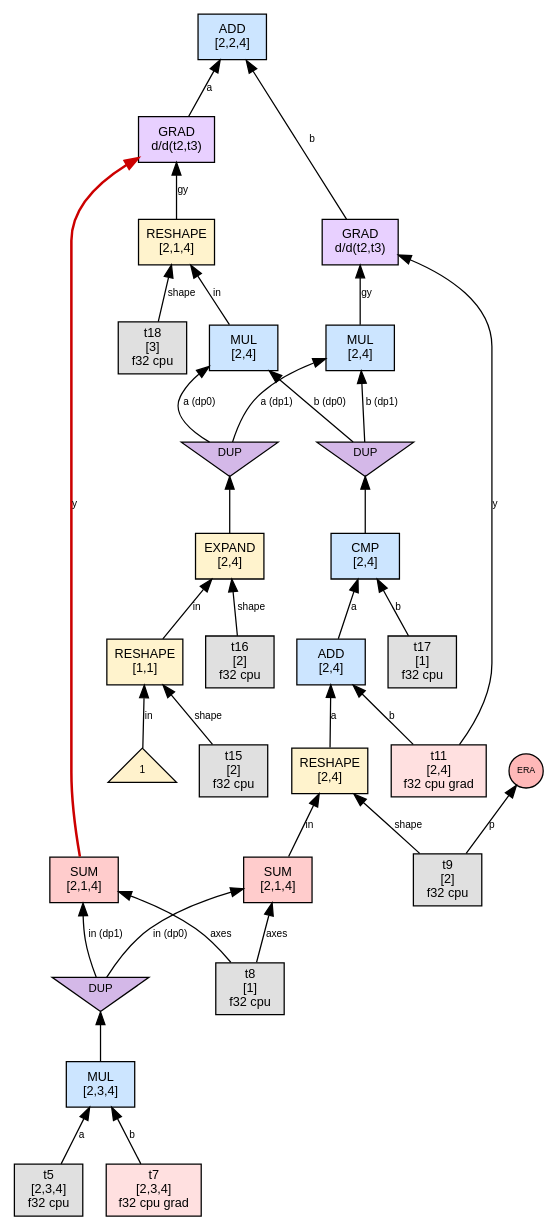
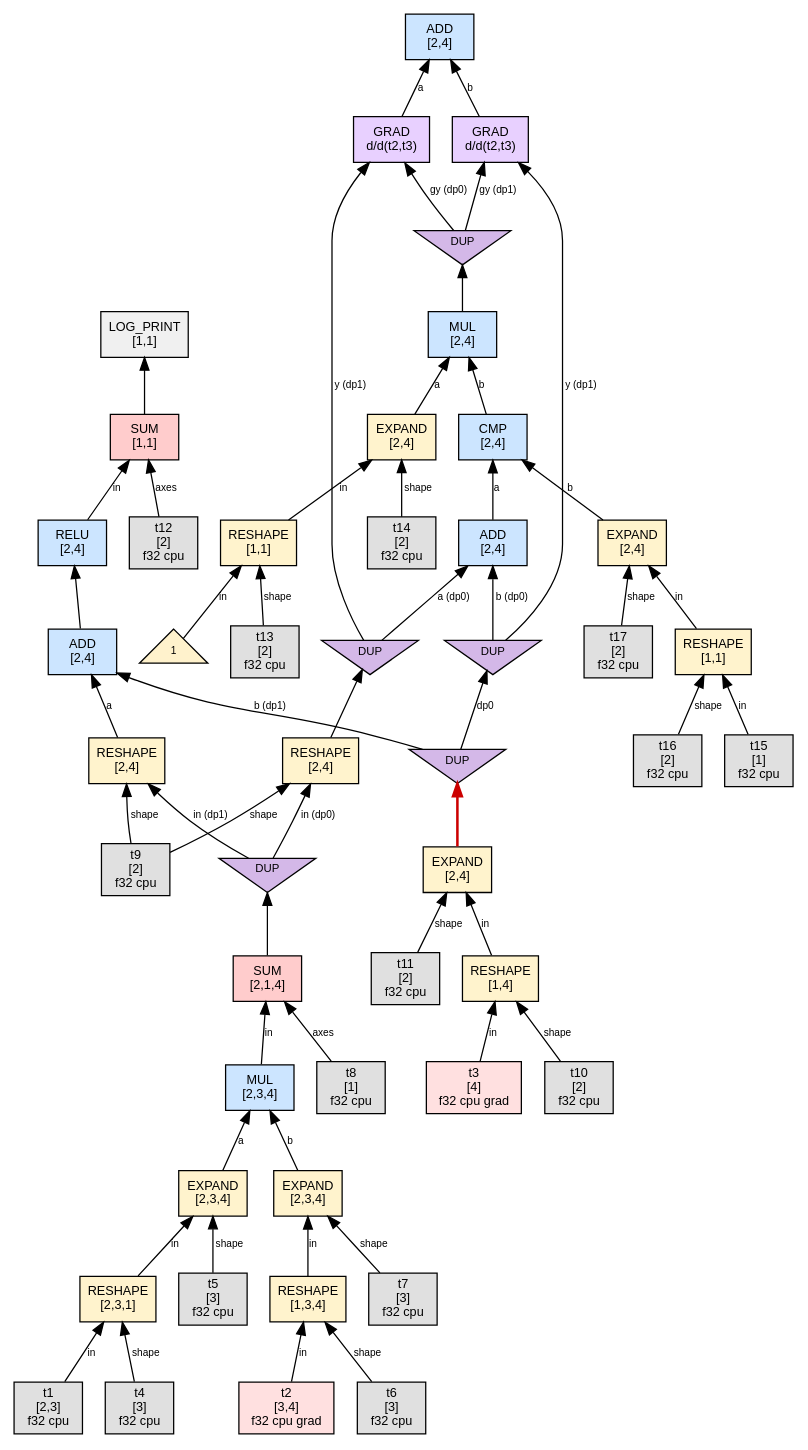
One commit to sw1sh/TinyHVM changed the diagram in phase1_graphs/tiny_linear_bias/step_009_interact_DP1.dot. Above: the diagram before and after it, drawn with Graphviz. The commit also changed 751 other files, not shown here.

First line of the commit message:
test: refresh canonical tiny phase graph archives

```diff
--- a/phase1_graphs/tiny_linear_bias/step_009_interact_DP1.dot
+++ b/phase1_graphs/tiny_linear_bias/step_009_interact_DP1.dot
@@ -1,68 +1,106 @@
 digraph G {
   // PREV_INTERACTION: interact_DP1
-  // NEXT_INTERACTION: interact_grad_on_SUM
+  // NEXT_INTERACTION: interact_DP1
   rankdir=BT;
   node [fontname="Helvetica", fontsize=10, style=filled, shape=box, margin="0.1,0.05"];
   edge [fontsize=8, fontname="Helvetica"];
 
-  n1 [label="MUL\n[2,3,4]", shape=box, fillcolor="#cce5ff"];
-  t5 [label="t5\n[2,3,4]\nf32 cpu",shape=box,fillcolor="#e0e0e0"];
-  t5 -> n1 [label="a"];
-  t7 [label="t7\n[2,3,4]\nf32 cpu grad",shape=box,fillcolor="#ffe0e0"];
-  t7 -> n1 [label="b"];
-  n57 [label="ADD\n[2,2,4]", shape=box, fillcolor="#cce5ff"];
-  n76 -> n57 [label="a"];
-  n55 -> n57 [label="b"];
-  n28 [label="RESHAPE\n[1,1]", shape=box, fillcolor="#fff3cd"];
-  num28_0 [label="1",shape=triangle,fillcolor="#fff2cc",fontsize=8];
-  num28_0 -> n28 [label="in"];
-  t15 [label="t15\n[2]\nf32 cpu",shape=box,fillcolor="#e0e0e0"];
-  t15 -> n28 [label="shape"];
-  n47 [label="ADD\n[2,4]", shape=box, fillcolor="#cce5ff"];
-  n59 -> n47 [label="a"];
-  t11 [label="t11\n[2,4]\nf32 cpu grad",shape=box,fillcolor="#ffe0e0"];
-  t11 -> n47 [label="b"];
-  n34 [label="EXPAND\n[2,4]", shape=box, fillcolor="#fff3cd"];
-  n28 -> n34 [label="in"];
+  n1 [label="RESHAPE\n[2,3,1]", shape=box, fillcolor="#fff3cd"];
+  t1 [label="t1\n[2,3]\nf32 cpu",shape=box,fillcolor="#e0e0e0"];
+  t1 -> n1 [label="in"];
+  t4 [label="t4\n[3]\nf32 cpu",shape=box,fillcolor="#e0e0e0"];
+  t4 -> n1 [label="shape"];
+  n9 [label="RESHAPE\n[1,3,4]", shape=box, fillcolor="#fff3cd"];
+  t2 [label="t2\n[3,4]\nf32 cpu grad",shape=box,fillcolor="#ffe0e0"];
+  t2 -> n9 [label="in"];
+  t6 [label="t6\n[3]\nf32 cpu",shape=box,fillcolor="#e0e0e0"];
+  t6 -> n9 [label="shape"];
+  n5 [label="EXPAND\n[2,3,4]", shape=box, fillcolor="#fff3cd"];
+  n1 -> n5 [label="in"];
+  t5 [label="t5\n[3]\nf32 cpu",shape=box,fillcolor="#e0e0e0"];
+  t5 -> n5 [label="shape"];
+  n13 [label="EXPAND\n[2,3,4]", shape=box, fillcolor="#fff3cd"];
+  n9 -> n13 [label="in"];
+  t7 [label="t7\n[3]\nf32 cpu",shape=box,fillcolor="#e0e0e0"];
+  t7 -> n13 [label="shape"];
+  n17 [label="MUL\n[2,3,4]", shape=box, fillcolor="#cce5ff"];
+  n5 -> n17 [label="a"];
+  n13 -> n17 [label="b"];
+  n21 [label="SUM\n[2,1,4]", shape=box, fillcolor="#ffcccc"];
+  n17 -> n21 [label="in"];
+  t8 [label="t8\n[1]\nf32 cpu",shape=box,fillcolor="#e0e0e0"];
+  t8 -> n21 [label="axes"];
+  n29 [label="RESHAPE\n[1,4]", shape=box, fillcolor="#fff3cd"];
+  t3 [label="t3\n[4]\nf32 cpu grad",shape=box,fillcolor="#ffe0e0"];
+  t3 -> n29 [label="in"];
+  t10 [label="t10\n[2]\nf32 cpu",shape=box,fillcolor="#e0e0e0"];
+  t10 -> n29 [label="shape"];
+  n33 [label="EXPAND\n[2,4]", shape=box, fillcolor="#fff3cd"];
+  n29 -> n33 [label="in"];
+  t11 [label="t11\n[2]\nf32 cpu",shape=box,fillcolor="#e0e0e0"];
+  t11 -> n33 [label="shape"];
+  n58 [label="SUM\n[1,1]", shape=box, fillcolor="#ffcccc"];
+  n74 -> n58 [label="in"];
+  t12 [label="t12\n[2]\nf32 cpu",shape=box,fillcolor="#e0e0e0"];
+  t12 -> n58 [label="axes"];
+  n51 [label="LOG_PRINT\n[1,1]", shape=box, fillcolor="#f0f0f0"];
+  n58 -> n51 [label=""];
+  n108 [label="ADD\n[2,4]", shape=box, fillcolor="#cce5ff"];
+  n104 -> n108 [label="a"];
+  n106 -> n108 [label="b"];
+  n74 [label="RELU\n[2,4]", shape=box, fillcolor="#cce5ff"];
+  n93 -> n74 [label=""];
+  n61 [label="RESHAPE\n[1,1]", shape=box, fillcolor="#fff3cd"];
+  num61_0 [label="1",shape=triangle,fillcolor="#fff2cc",fontsize=8];
+  num61_0 -> n61 [label="in"];
+  t13 [label="t13\n[2]\nf32 cpu",shape=box,fillcolor="#e0e0e0"];
+  t13 -> n61 [label="shape"];
+  n93 [label="ADD\n[2,4]", shape=box, fillcolor="#cce5ff"];
+  n112 -> n93 [label="a"];
+  dup96 [label="DUP", shape=invtriangle, fillcolor="#d4b8e8", fontsize=9, width=0.7, height=0.5];
+  n33 -> dup96 [color="#cc0000",penwidth=2.0];
+  dup96 -> n93 [label="b (dp1)"];
+  n77 [label="RESHAPE\n[1,1]", shape=box, fillcolor="#fff3cd"];
+  t15 [label="t15\n[1]\nf32 cpu",shape=box,fillcolor="#e0e0e0"];
+  t15 -> n77 [label="in"];
   t16 [label="t16\n[2]\nf32 cpu",shape=box,fillcolor="#e0e0e0"];
-  t16 -> n34 [label="shape"];
-  n41 [label="CMP\n[2,4]", shape=box, fillcolor="#cce5ff"];
-  n47 -> n41 [label="a"];
-  t17 [label="t17\n[1]\nf32 cpu",shape=box,fillcolor="#e0e0e0"];
-  t17 -> n41 [label="b"];
-  n59 [label="RESHAPE\n[2,4]", shape=box, fillcolor="#fff3cd"];
-  n78 -> n59 [label="in"];
+  t16 -> n77 [label="shape"];
+  n97 [label="ADD\n[2,4]", shape=box, fillcolor="#cce5ff"];
+  dup101 [label="DUP", shape=invtriangle, fillcolor="#d4b8e8", fontsize=9, width=0.7, height=0.5];
+  n110 -> dup101;
+  dup101 -> n97 [label="a (dp0)"];
+  dup102 [label="DUP", shape=invtriangle, fillcolor="#d4b8e8", fontsize=9, width=0.7, height=0.5];
+  dup96 -> dup102 [label="dp0"];
+  dup102 -> n97 [label="b (dp0)"];
+  n81 [label="EXPAND\n[2,4]", shape=box, fillcolor="#fff3cd"];
+  n77 -> n81 [label="in"];
+  t17 [label="t17\n[2]\nf32 cpu",shape=box,fillcolor="#e0e0e0"];
+  t17 -> n81 [label="shape"];
+  n67 [label="EXPAND\n[2,4]", shape=box, fillcolor="#fff3cd"];
+  n61 -> n67 [label="in"];
+  t14 [label="t14\n[2]\nf32 cpu",shape=box,fillcolor="#e0e0e0"];
+  t14 -> n67 [label="shape"];
+  n85 [label="CMP\n[2,4]", shape=box, fillcolor="#cce5ff"];
+  n97 -> n85 [label="a"];
+  n81 -> n85 [label="b"];
+  n112 [label="RESHAPE\n[2,4]", shape=box, fillcolor="#fff3cd"];
+  dup114 [label="DUP", shape=invtriangle, fillcolor="#d4b8e8", fontsize=9, width=0.7, height=0.5];
+  n21 -> dup114;
+  dup114 -> n112 [label="in (dp1)"];
   t9 [label="t9\n[2]\nf32 cpu",shape=box,fillcolor="#e0e0e0"];
-  t9 -> n59 [label="shape"];
-  n66 [label="MUL\n[2,4]", shape=box, fillcolor="#cce5ff"];
-  dup68 [label="DUP", shape=invtriangle, fillcolor="#d4b8e8", fontsize=9, width=0.7, height=0.5];
-  n34 -> dup68;
-  dup68 -> n66 [label="a (dp1)"];
-  dup69 [label="DUP", shape=invtriangle, fillcolor="#d4b8e8", fontsize=9, width=0.7, height=0.5];
-  n41 -> dup69;
-  dup69 -> n66 [label="b (dp1)"];
-  n76 [label="GRAD\nd/d(t2,t3)", shape=box, fillcolor="#e8d0ff"];
-  n80 -> n76 [label="y",color="#cc0000",penwidth=2.0];
-  n72 -> n76 [label="gy"];
-  n55 [label="GRAD\nd/d(t2,t3)", shape=box, fillcolor="#e8d0ff"];
-  t11 -> n55 [label="y"];
-  n66 -> n55 [label="gy"];
-  n78 [label="SUM\n[2,1,4]", shape=box, fillcolor="#ffcccc"];
-  dup82 [label="DUP", shape=invtriangle, fillcolor="#d4b8e8", fontsize=9, width=0.7, height=0.5];
-  n1 -> dup82;
-  dup82 -> n78 [label="in (dp0)"];
-  t8 [label="t8\n[1]\nf32 cpu",shape=box,fillcolor="#e0e0e0"];
-  t8 -> n78 [label="axes"];
-  n80 [label="SUM\n[2,1,4]", shape=box, fillcolor="#ffcccc"];
-  dup82 -> n80 [label="in (dp1)"];
-  t8 -> n80 [label="axes"];
-  era71 [label="ERA",shape=circle,width=0.38,height=0.38,fixedsize=true,fillcolor="#ffb8b8",fontsize=7];
-  t9 -> era71 [label="p"];
-  n64 [label="MUL\n[2,4]", shape=box, fillcolor="#cce5ff"];
-  dup68 -> n64 [label="a (dp0)"];
-  dup69 -> n64 [label="b (dp0)"];
-  n72 [label="RESHAPE\n[2,1,4]", shape=box, fillcolor="#fff3cd"];
-  n64 -> n72 [label="in"];
-  t18 [label="t18\n[3]\nf32 cpu",shape=box,fillcolor="#e0e0e0"];
-  t18 -> n72 [label="shape"];
+  t9 -> n112 [label="shape"];
+  n110 [label="RESHAPE\n[2,4]", shape=box, fillcolor="#fff3cd"];
+  dup114 -> n110 [label="in (dp0)"];
+  t9 -> n110 [label="shape"];
+  n87 [label="MUL\n[2,4]", shape=box, fillcolor="#cce5ff"];
+  n67 -> n87 [label="a"];
+  n85 -> n87 [label="b"];
+  n104 [label="GRAD\nd/d(t2,t3)", shape=box, fillcolor="#e8d0ff"];
+  dup101 -> n104 [label="y (dp1)"];
+  dup103 [label="DUP", shape=invtriangle, fillcolor="#d4b8e8", fontsize=9, width=0.7, height=0.5];
+  n87 -> dup103;
+  dup103 -> n104 [label="gy (dp0)"];
+  n106 [label="GRAD\nd/d(t2,t3)", shape=box, fillcolor="#e8d0ff"];
+  dup102 -> n106 [label="y (dp1)"];
+  dup103 -> n106 [label="gy (dp1)"];
 }
```
